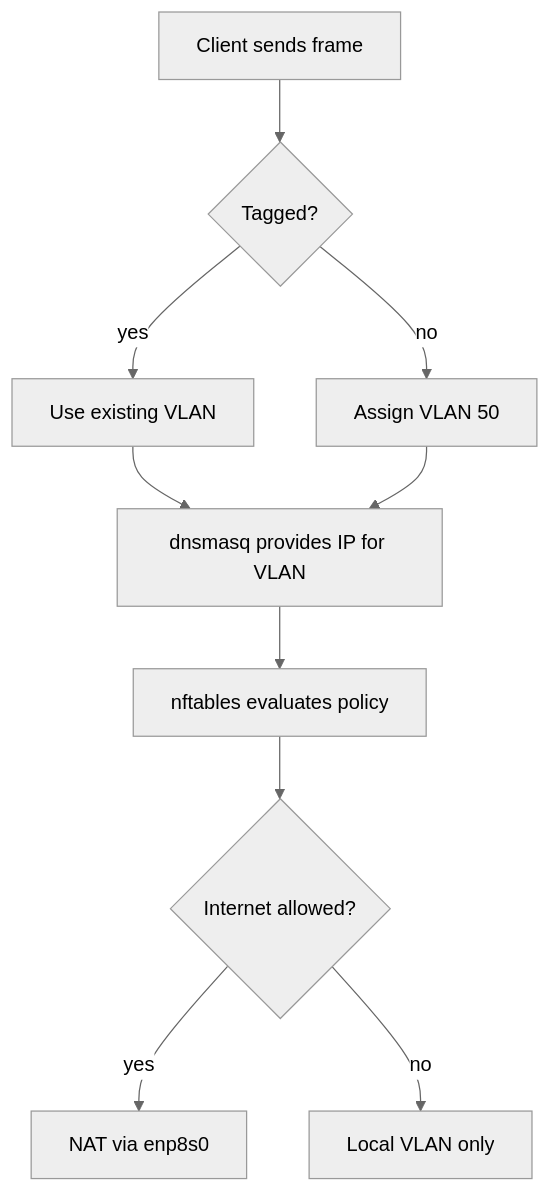
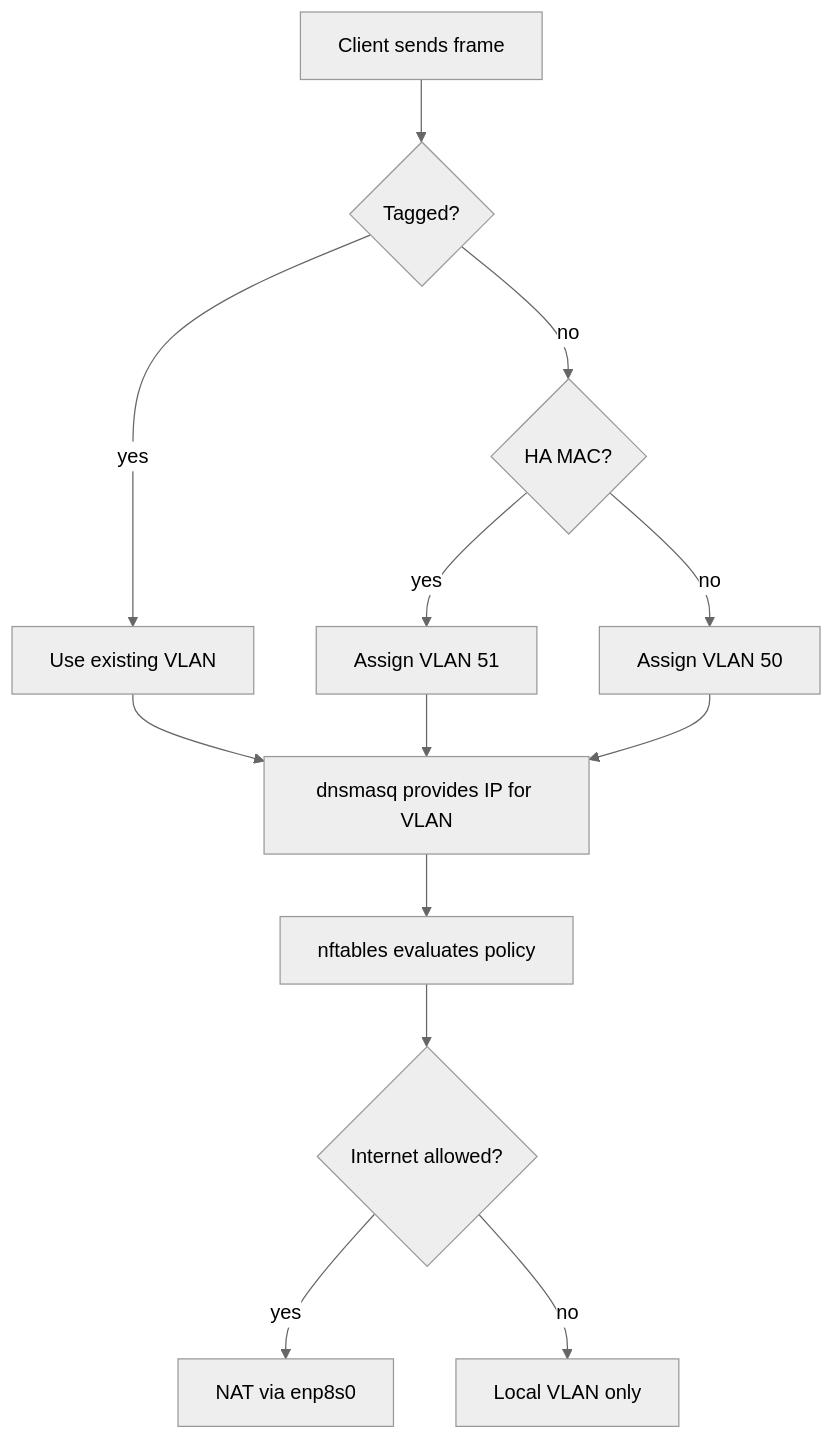
The third of 8 diagrams in SOFTWARE.md (GEMISIS/home-network-setup), drawn with Mermaid (neutral theme) before and after one commit. The commit also changed other lines of this file and 2 other files, not shown here.

Commit message:
Clarify untagged HA and camera VLAN handling

````diff
--- a/SOFTWARE.md
+++ b/SOFTWARE.md
@@ -70,12 +70,15 @@
 ```mermaid
 flowchart TD
     A[Client sends frame] --> B{Tagged?}
     B -- yes --> C[Use existing VLAN]
-    B -- no --> D[Assign VLAN 50]
-    C --> E[dnsmasq provides IP for VLAN]
-    D --> E
-    E --> F[nftables evaluates policy]
-    F --> G{Internet allowed?}
-    G -- yes --> H[NAT via enp8s0]
-    G -- no --> I[Local VLAN only]
+    B -- no --> D{HA MAC?}
+    D -- yes --> E[Assign VLAN 51]
+    D -- no --> F[Assign VLAN 50]
+    C --> G[dnsmasq provides IP for VLAN]
+    E --> G
+    F --> G
+    G --> H[nftables evaluates policy]
+    H --> I{Internet allowed?}
+    I -- yes --> J[NAT via enp8s0]
+    I -- no --> K[Local VLAN only]
 ```
````
